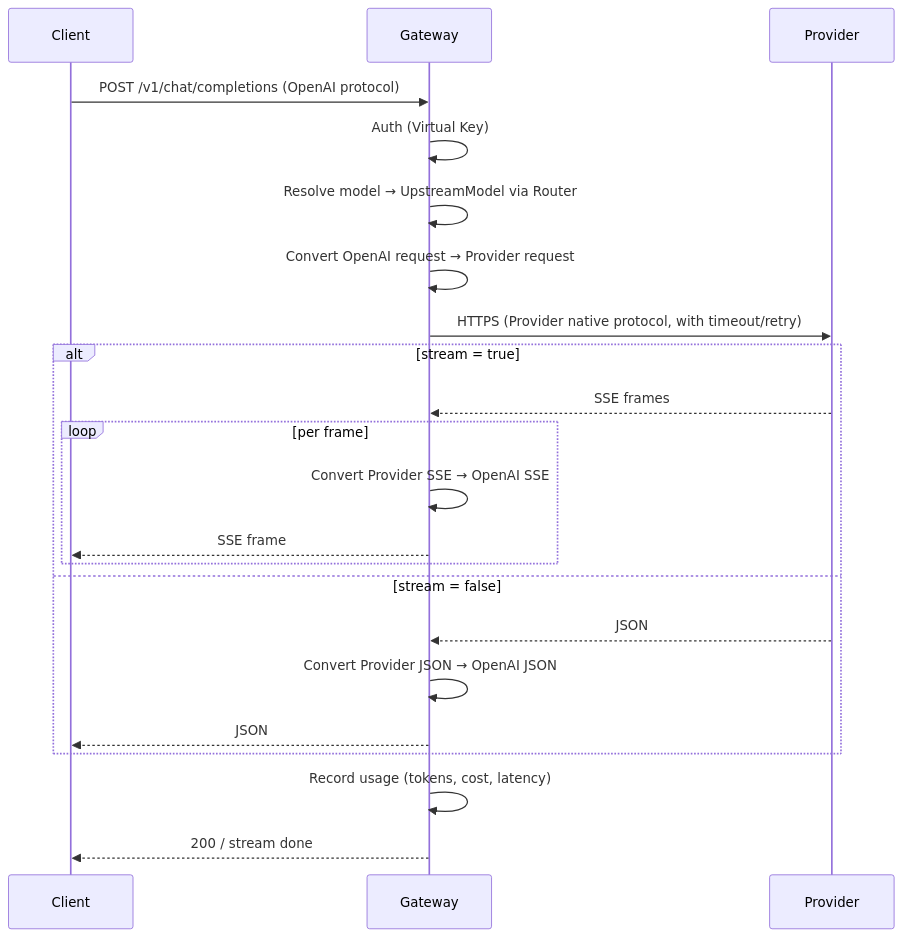
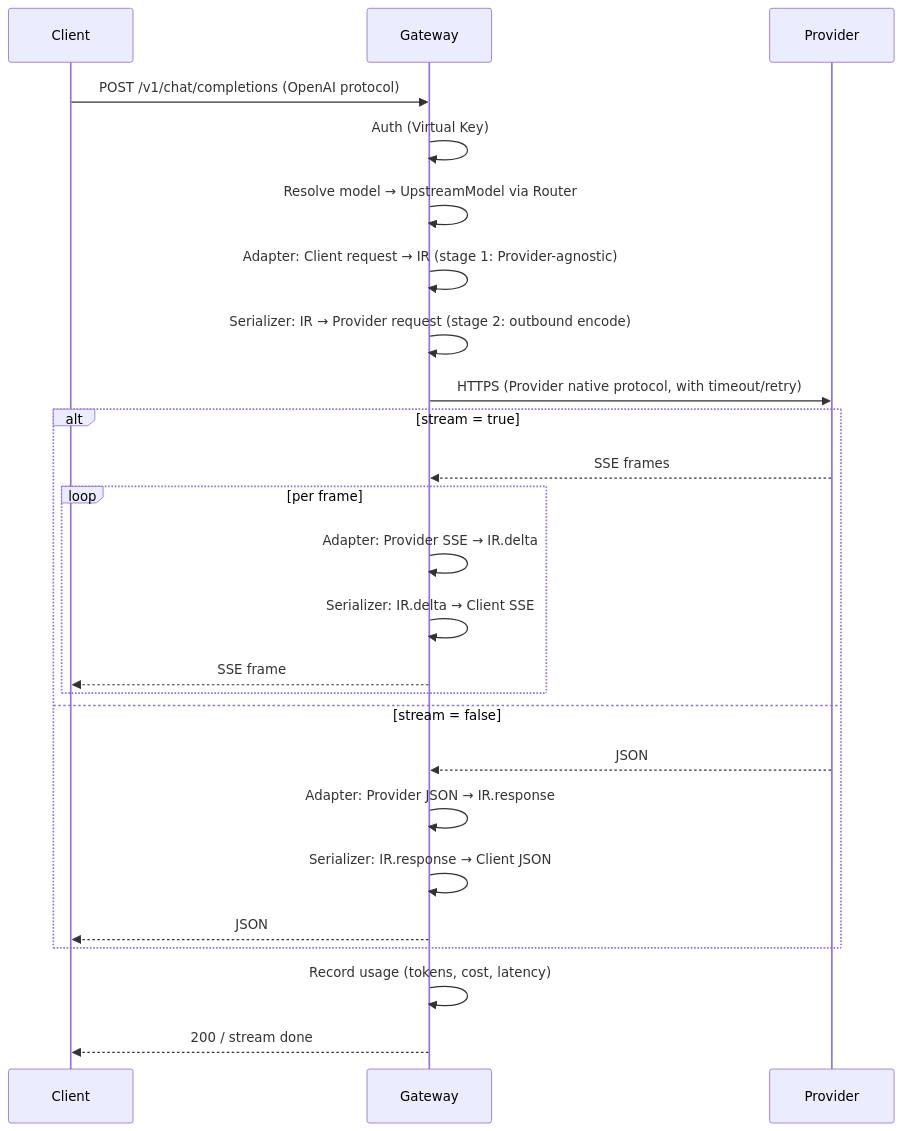
The second of 2 diagrams in .monkeycode/specs/ai-gateway/design.md (nillikechatchat/Agwdog), drawn with Mermaid before and after one commit. The commit also changed other lines of this file and 1 other file, not shown here.

````diff
--- a/.monkeycode/specs/ai-gateway/design.md
+++ b/.monkeycode/specs/ai-gateway/design.md
@@ -64,25 +82,28 @@
 ```mermaid
 sequenceDiagram
     participant C as Client
     participant G as Gateway
     participant P as Provider
 
     C->>G: POST /v1/chat/completions (OpenAI protocol)
     G->>G: Auth (Virtual Key)
     G->>G: Resolve model → UpstreamModel via Router
-    G->>G: Convert OpenAI request → Provider request
+    G->>G: Adapter: Client request → IR (stage 1: Provider-agnostic)
+    G->>G: Serializer: IR → Provider request (stage 2: outbound encode)
     G->>P: HTTPS (Provider native protocol, with timeout/retry)
     alt stream = true
         P-->>G: SSE frames
         loop per frame
-            G->>G: Convert Provider SSE → OpenAI SSE
+            G->>G: Adapter: Provider SSE → IR.delta
+            G->>G: Serializer: IR.delta → Client SSE
             G-->>C: SSE frame
         end
     else stream = false
         P-->>G: JSON
-        G->>G: Convert Provider JSON → OpenAI JSON
+        G->>G: Adapter: Provider JSON → IR.response
+        G->>G: Serializer: IR.response → Client JSON
         G-->>C: JSON
     end
     G->>G: Record usage (tokens, cost, latency)
     G-->>C: 200 / stream done
 ```
````
